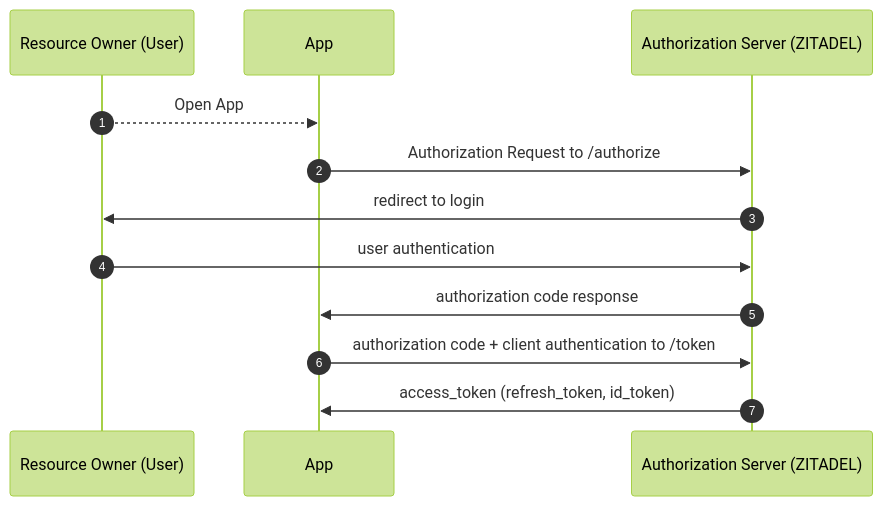
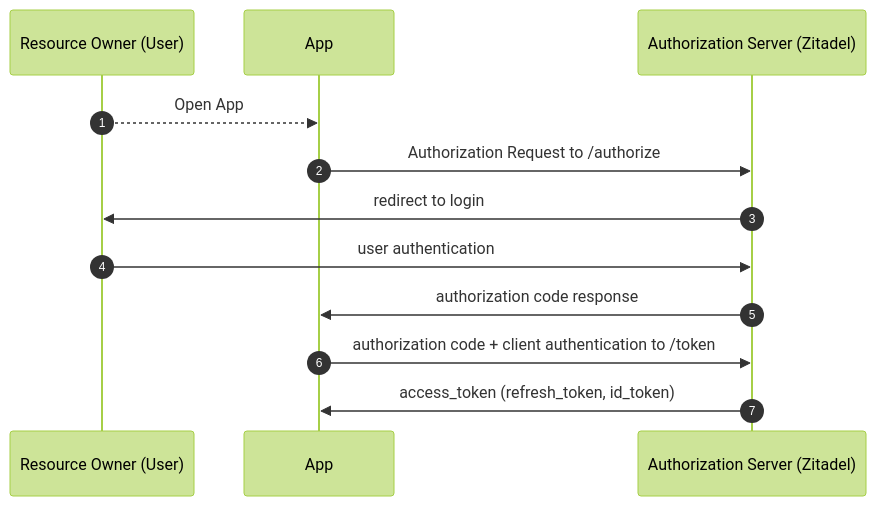
The diagram in apps/docs/content/imports/_code-flow-chart.mdx (zitadel/zitadel), drawn with Mermaid (forest theme) before and after one commit. The commit also changed 309 other files, not shown here.

````diff
--- a/apps/docs/content/imports/_code-flow-chart.mdx
+++ b/apps/docs/content/imports/_code-flow-chart.mdx
@@ -1,14 +1,14 @@
 ```mermaid
 sequenceDiagram
     autonumber
     participant RO as Resource Owner (User)
     participant App
-    participant AS as Authorization Server (ZITADEL)
+    participant AS as Authorization Server (Zitadel)
     RO-->>App: Open App
     App->>AS: Authorization Request to /authorize
     AS->>RO: redirect to login
     RO->>AS: user authentication
     AS->>App: authorization code response
     App->>AS: authorization code + client authentication to /token
     AS->>App: access_token (refresh_token, id_token)
 ```
````
